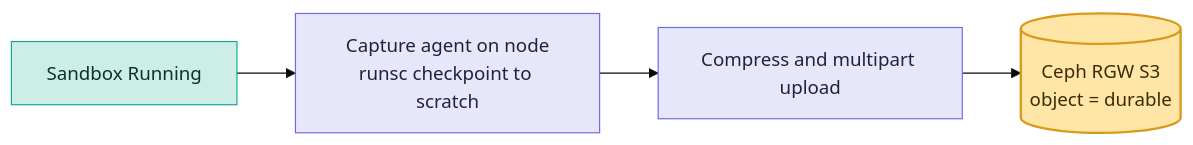
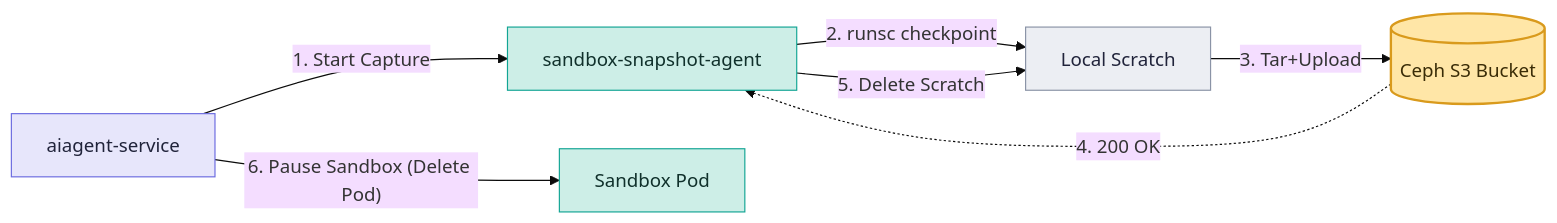
One commit to chandini1727/plant_disease_app changed the third of 6 diagrams in README.md. Above: the diagram before and after it, drawn with Mermaid (base theme). The commit also changed other lines of this file, not shown here.

````diff
--- a/README.md
+++ b/README.md
@@ -261,11 +186,14 @@
 ```mermaid
 flowchart LR
-    R["Sandbox Running"]:::dp
-    AG["Capture agent on node<br/>runsc checkpoint to scratch"]:::cp
-    UP["Compress and multipart upload"]:::cp
-    S3[("Ceph RGW S3<br/>object = durable")]:::star
-    R --> AG --> UP --> S3
+    CP["aiagent-service"]:::cp -->|"1. Start Capture"| SA["sandbox-snapshot-agent"]:::dp
+    SA -->|"2. runsc checkpoint"| SC["Local Scratch"]:::store
+    SC -->|"3. Tar+Upload"| S3[("Ceph S3 Bucket")]:::star
+    S3 -.->|"4. 200 OK"| SA
+    SA -->|"5. Delete Scratch"| SC
+    CP -->|"6. Pause Sandbox (Delete Pod)"| POD["Sandbox Pod"]:::dp
+
     classDef cp fill:#e7e6fb,stroke:#6b6be0,color:#20233a
     classDef dp fill:#cdeee7,stroke:#12a594,color:#10302b
+    classDef store fill:#eceef3,stroke:#8a93a6,color:#20233a
     classDef star fill:#ffe6a7,stroke:#d99a1c,stroke-width:2px,color:#3a2c07
 ```
````
